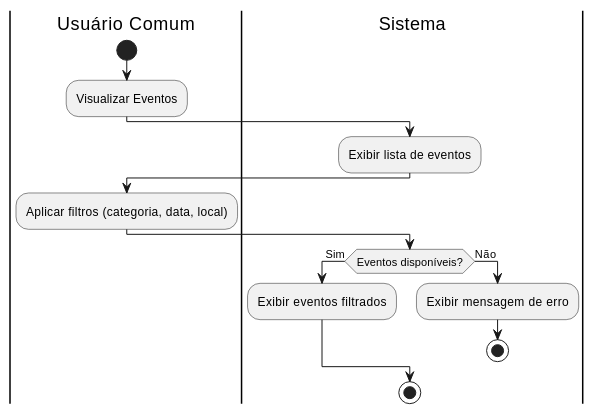
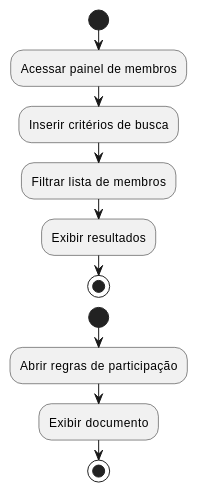
The eighth of 16 diagrams in aps/specs/diagrama-de-atividades/uml_diagrama_atividades.md (agu3des/CommunityLink), drawn with PlantUML before and after one commit. The commit also changed other lines of this file and 28 other files, not shown here.

```diff
--- a/aps/specs/diagrama-de-atividades/uml_diagrama_atividades.md
+++ b/aps/specs/diagrama-de-atividades/uml_diagrama_atividades.md
@@ -139,17 +278,13 @@
 @startuml
-|Usuário Comum|
 start
-:Visualizar Eventos;
-|Sistema|
-:Exibir lista de eventos;
-|Usuário Comum|
-:Aplicar filtros (categoria, data, local);
-|Sistema|
-if (Eventos disponíveis?) then (Sim)
-    :Exibir eventos filtrados;
-else (Não)
-    :Exibir mensagem de erro;
-    stop
-endif
+:Acessar painel de membros;
+:Inserir critérios de busca;
+:Filtrar lista de membros;
+:Exibir resultados;
+stop
+
+start
+:Abrir regras de participação;
+:Exibir documento;
 stop
 @enduml
```
